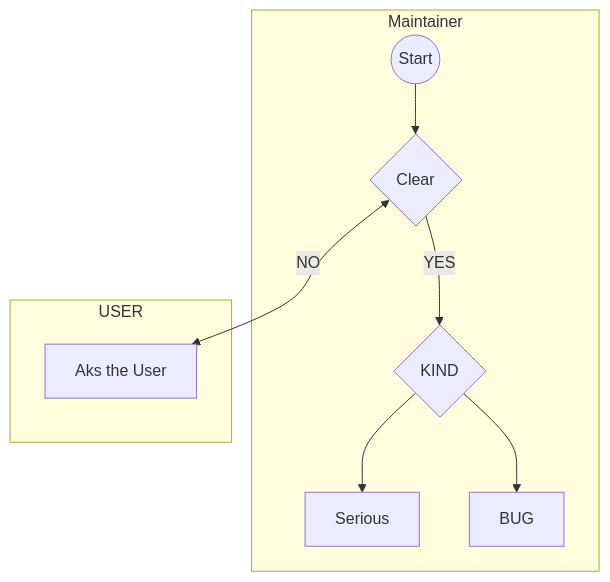
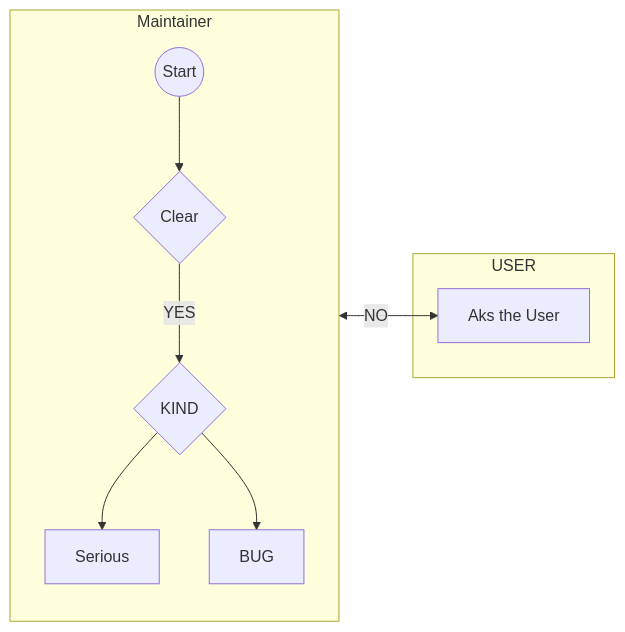
The diagram in docs/workflow_bug.md (GFGMNET/Workspace), drawn with Mermaid before and after one commit.

````diff
--- a/docs/workflow_bug.md
+++ b/docs/workflow_bug.md
@@ -1,22 +1,23 @@
 ```mermaid
-flowchart TB
+flowchart LR
  subgraph Maintainer
+  direction TB
   STA@{ shape: circle, label: "Start" }
   DEA[Serious]
   BUG[BUG]
   CLE{Clear}
   KIN{KIND}
  end
  subgraph USER
   COM[Aks the User]
  end
  
  STA --> CLE
  CLE <--> |NO|COM 
  CLE --> |YES|KIN
  KIN --> DEA
  KIN --> BUG
  
 
  
 ```
````
